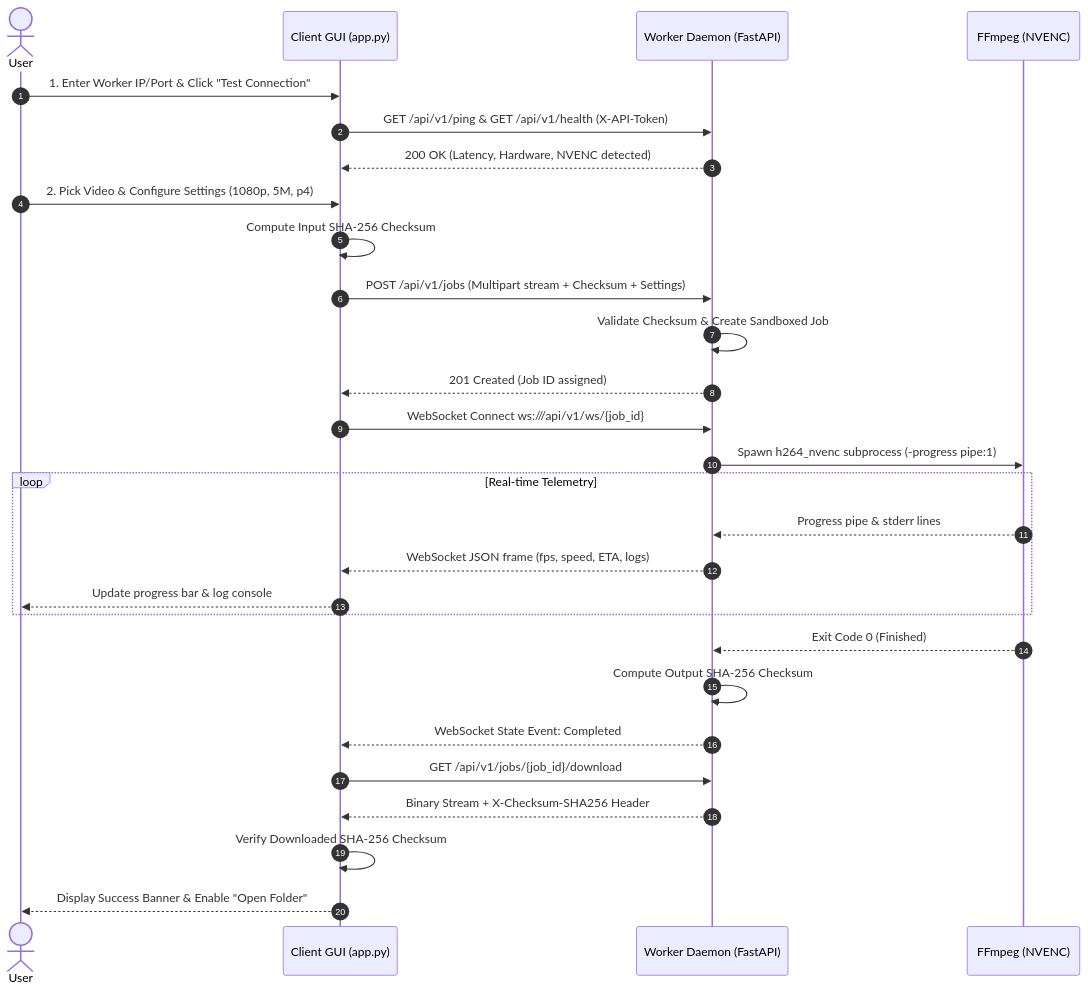
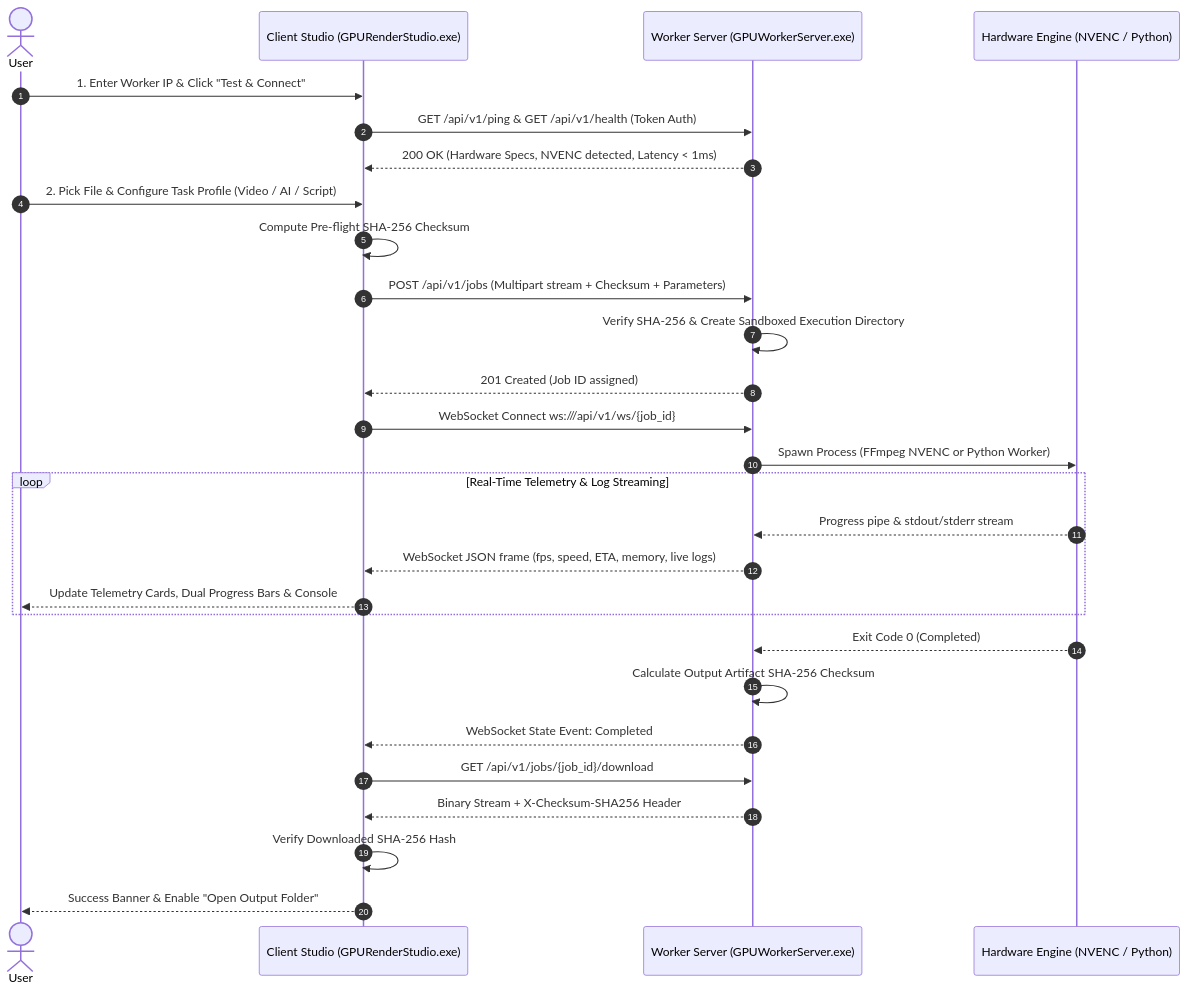
The diagram in README.md (qu-ddous/Distributed-Task-Offloading-Remote-GPU-Rendering-System), drawn with Mermaid before and after one commit. The commit also changed other lines of this file and 1678 other files, not shown here.

Commit message:
feat: complete distributed task offloading system with dual GUI, universal compute execution, and system manual

````diff
--- a/README.md
+++ b/README.md
@@ -53,31 +81,31 @@
 ```mermaid
 sequenceDiagram
     autonumber
     actor User
-    participant Client as Client GUI (app.py)
-    participant Worker as Worker Daemon (FastAPI)
-    participant FFmpeg as FFmpeg (NVENC)
+    participant Client as Client Studio (GPURenderStudio.exe)
+    participant Worker as Worker Server (GPUWorkerServer.exe)
+    participant Engine as Hardware Engine (NVENC / Python)
 
-    User->>Client: 1. Enter Worker IP/Port & Click "Test Connection"
-    Client->>Worker: GET /api/v1/ping & GET /api/v1/health (X-API-Token)
-    Worker-->>Client: 200 OK (Latency, Hardware, NVENC detected)
-    User->>Client: 2. Pick Video & Configure Settings (1080p, 5M, p4)
-    Client->>Client: Compute Input SHA-256 Checksum
-    Client->>Worker: POST /api/v1/jobs (Multipart stream + Checksum + Settings)
-    Worker->>Worker: Validate Checksum & Create Sandboxed Job
+    User->>Client: 1. Enter Worker IP & Click "Test & Connect"
+    Client->>Worker: GET /api/v1/ping & GET /api/v1/health (Token Auth)
+    Worker-->>Client: 200 OK (Hardware Specs, NVENC detected, Latency < 1ms)
+    User->>Client: 2. Pick File & Configure Task Profile (Video / AI / Script)
+    Client->>Client: Compute Pre-flight SHA-256 Checksum
+    Client->>Worker: POST /api/v1/jobs (Multipart stream + Checksum + Parameters)
+    Worker->>Worker: Verify SHA-256 & Create Sandboxed Execution Directory
     Worker-->>Client: 201 Created (Job ID assigned)
     Client->>Worker: WebSocket Connect ws:///api/v1/ws/{job_id}
-    Worker->>FFmpeg: Spawn h264_nvenc subprocess (-progress pipe:1)
-    loop Real-time Telemetry
-        FFmpeg-->>Worker: Progress pipe & stderr lines
-        Worker-->>Client: WebSocket JSON frame (fps, speed, ETA, logs)
-        Client-->>User: Update progress bar & log console
+    Worker->>Engine: Spawn Process (FFmpeg NVENC or Python Worker)
+    loop Real-Time Telemetry & Log Streaming
+        Engine-->>Worker: Progress pipe & stdout/stderr stream
+        Worker-->>Client: WebSocket JSON frame (fps, speed, ETA, memory, live logs)
+        Client-->>User: Update Telemetry Cards, Dual Progress Bars & Console
     end
-    FFmpeg-->>Worker: Exit Code 0 (Finished)
-    Worker->>Worker: Compute Output SHA-256 Checksum
+    Engine-->>Worker: Exit Code 0 (Completed)
+    Worker->>Worker: Calculate Output Artifact SHA-256 Checksum
     Worker-->>Client: WebSocket State Event: Completed
     Client->>Worker: GET /api/v1/jobs/{job_id}/download
     Worker-->>Client: Binary Stream + X-Checksum-SHA256 Header
-    Client->>Client: Verify Downloaded SHA-256 Checksum
-    Client-->>User: Display Success Banner & Enable "Open Folder"
+    Client->>Client: Verify Downloaded SHA-256 Hash
+    Client-->>User: Success Banner & Enable "Open Output Folder"
 ```
````
